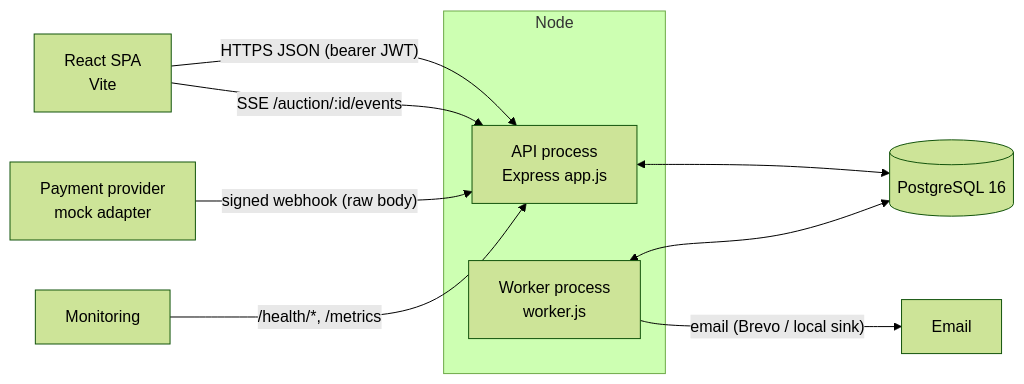
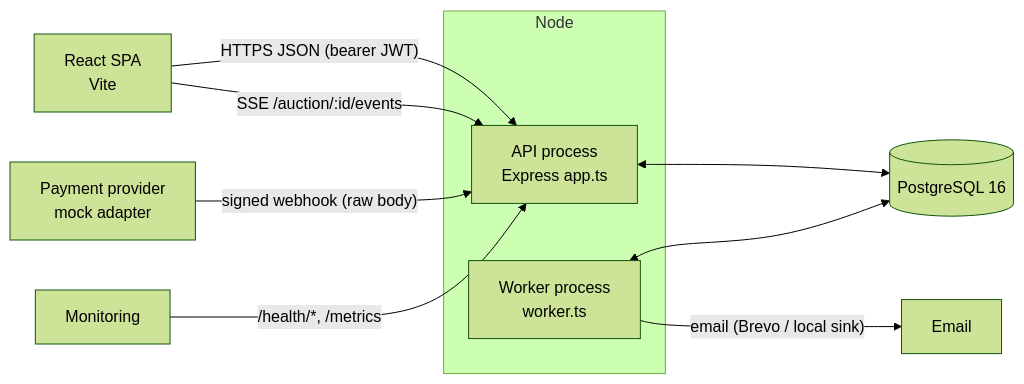
Before and after one commit to ngothoaidev/Online-Auction: the first of 5 diagrams in docs/architecture.md, drawn with Mermaid (forest theme). The commit also changed other lines of this file and 88 other files, not shown here.

First line of the commit message:
TypeScript phase 3: HTTP layer, app, server and worker

````diff
--- a/docs/architecture.md
+++ b/docs/architecture.md
@@ -5,14 +5,14 @@
 ```mermaid
 flowchart LR
   SPA[React SPA<br/>Vite] -- "HTTPS JSON (bearer JWT)" --> API
   SPA -- "SSE /auction/:id/events" --> API
   Provider[Payment provider<br/>mock adapter] -- "signed webhook (raw body)" --> API
   subgraph Node
-    API[API process<br/>Express app.js]
-    W[Worker process<br/>worker.js]
+    API[API process<br/>Express app.ts]
+    W[Worker process<br/>worker.ts]
   end
   API <--> PG[(PostgreSQL 16)]
   W <--> PG
   W -- "email (Brevo / local sink)" --> Mail[Email]
   Ops[Monitoring] -- "/health/*, /metrics" --> API
 ```
````
